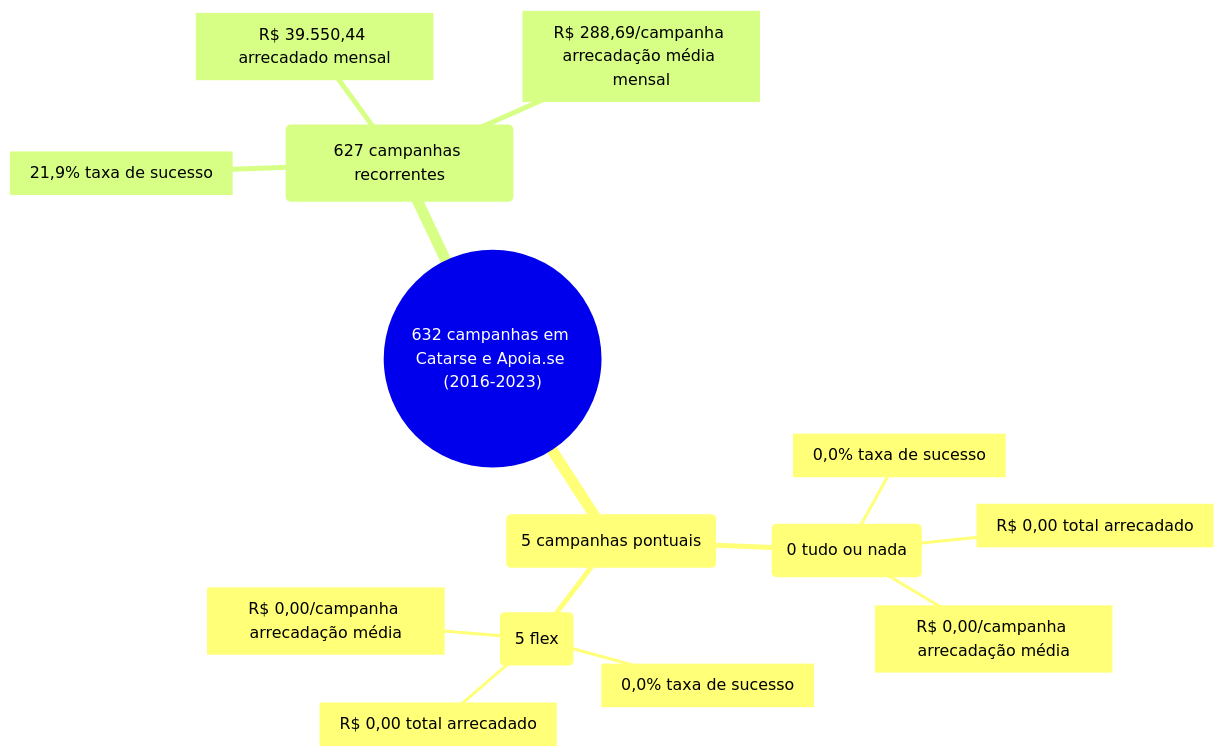
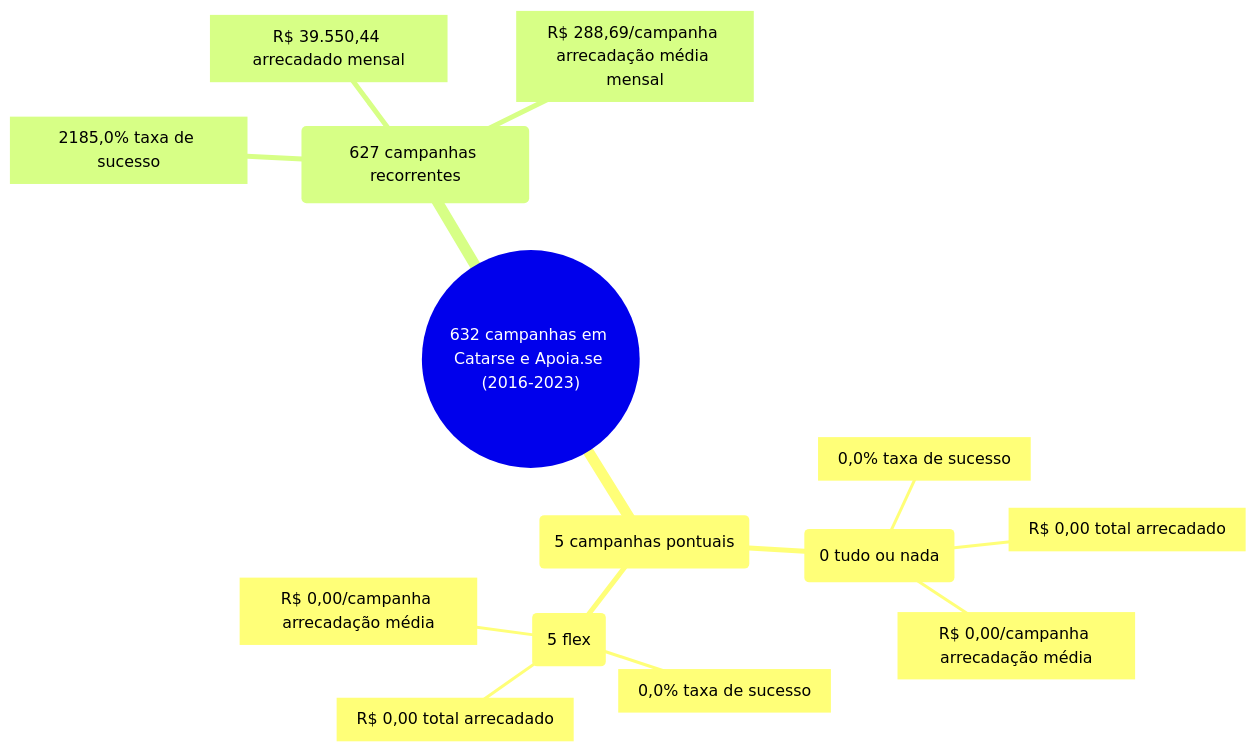
The second of 2 diagrams in dados/csv/2023/analise_descritiva/sint_resumo_por_origem_modalidade.md (silva-erick/profico-hq), drawn with Mermaid before and after one commit. The commit also changed other lines of this file and 85 other files, not shown here.

````diff
--- a/dados/csv/2023/analise_descritiva/sint_resumo_por_origem_modalidade.md
+++ b/dados/csv/2023/analise_descritiva/sint_resumo_por_origem_modalidade.md
@@ -64,17 +64,17 @@
 ```mermaid
 mindmap
   root(("632 campanhas em Catarse e Apoia.se (2016-2023)"))
     camp_pontual("5 campanhas pontuais")
         camp_pontual_tudo_ou_nada("0 tudo ou nada")
             camp_pontual_tudo_ou_nada_taxa_sucesso["0,0% taxa de sucesso"]
             camp_pontual_tudo_ou_nada_arr["R$ 0,00 total arrecadado"]
             camp_pontual_tudo_ou_nada_arr_med["R$ 0,00/campanha arrecadação média"]
         camp_pontual_flex("5 flex")
             camp_pontual_flex_taxa_sucesso["0,0% taxa de sucesso"]
             camp_pontual_flex_arr_mensal["R$ 0,00 total arrecadado"]
             camp_pontual_flex_arr_med_mensal["R$ 0,00/campanha arrecadação média"]
     camp_recorrente("627 campanhas recorrentes")
-        camp_recorrente_taxa_sucesso["21,9% taxa de sucesso"]
+        camp_recorrente_taxa_sucesso["2185,0% taxa de sucesso"]
         camp_recorrente_arr_mensal["R$ 39.550,44 arrecadado mensal"]
         camp_recorrente_arr_med_mensal["R$ 288,69/campanha arrecadação média mensal"]
 ```
````
